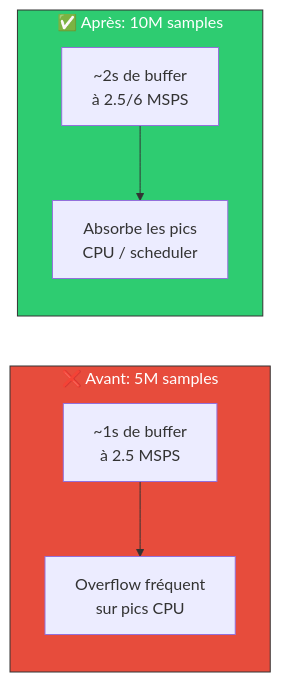
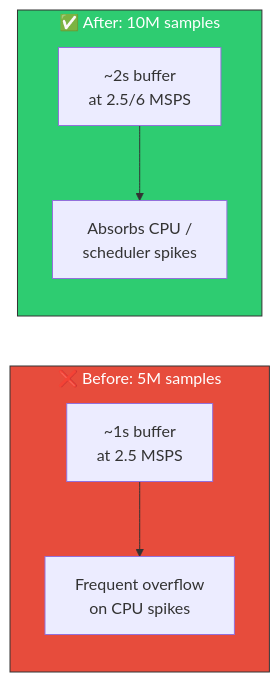
One commit to f4tnk/gr-osmosdr changed the third of 15 diagrams in OPTIMIZATION-F4TNK.md. Above: the diagram before and after it, drawn with Mermaid. The commit also changed other lines of this file, not shown here.

````diff
--- a/OPTIMIZATION-F4TNK.md
+++ b/OPTIMIZATION-F4TNK.md
@@ -84,15 +84,15 @@
 ```mermaid
 flowchart LR
-    subgraph AVANT["❌ Avant: 5M samples"]
-        A1["~1s de buffer<br/>à 2.5 MSPS"]
-        A1 --> A2["Overflow fréquent<br/>sur pics CPU"]
+    subgraph AVANT["❌ Before: 5M samples"]
+        A1["~1s buffer<br/>at 2.5 MSPS"]
+        A1 --> A2["Frequent overflow<br/>on CPU spikes"]
     end
 
-    subgraph APRES["✅ Après: 10M samples"]
-        B1["~2s de buffer<br/>à 2.5/6 MSPS"]
-        B1 --> B2["Absorbe les pics<br/>CPU / scheduler"]
+    subgraph APRES["✅ After: 10M samples"]
+        B1["~2s buffer<br/>at 2.5/6 MSPS"]
+        B1 --> B2["Absorbs CPU /<br/>scheduler spikes"]
     end
 
     style AVANT fill:#e74c3c,stroke:#333,color:#fff
     style APRES fill:#2ecc71,stroke:#333,color:#fff
 ```
````
